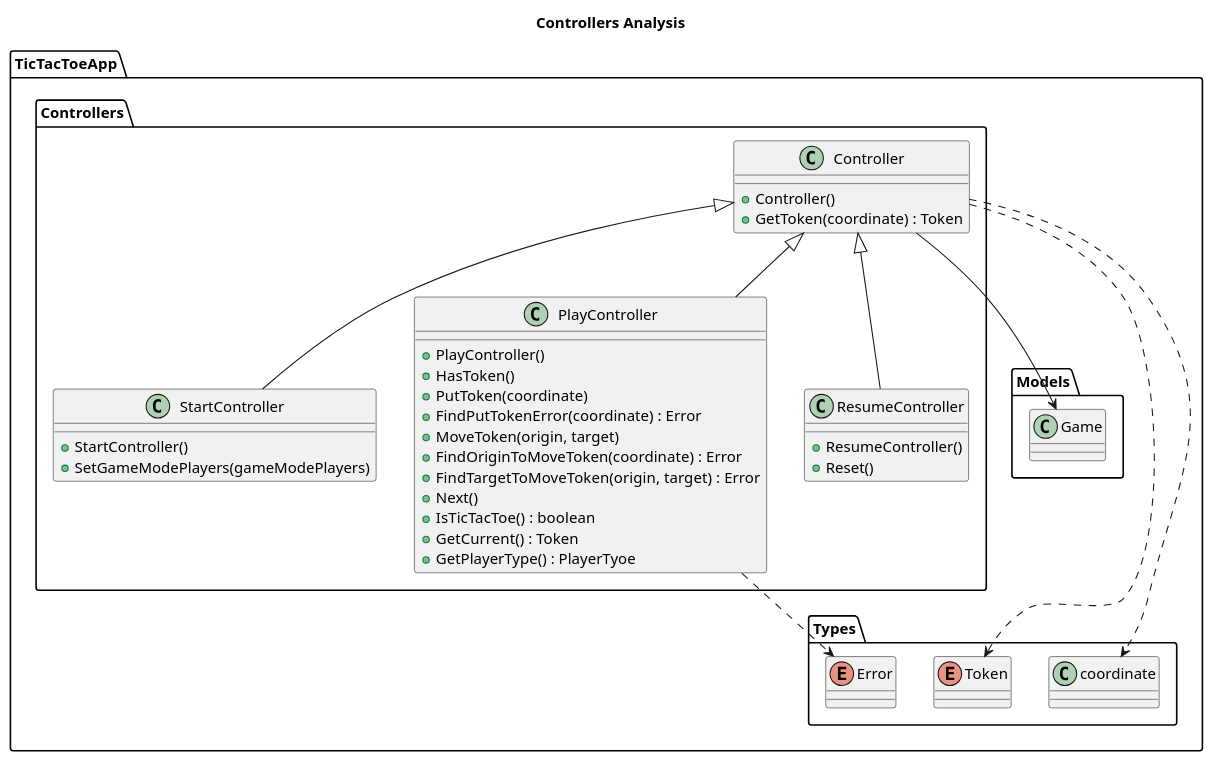
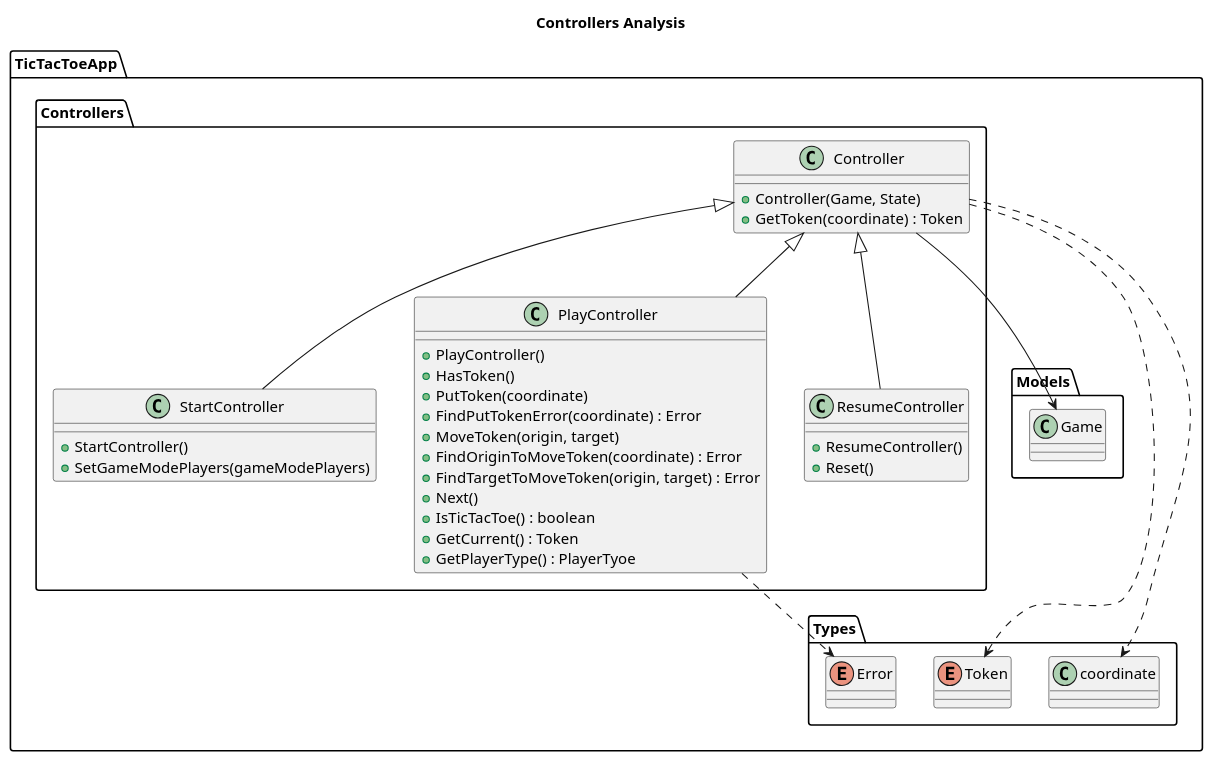
The sixth of 8 diagrams in Docs/Analysis.plantuml (franpaulinoinfante/TicTacToe), drawn with PlantUML before and after one commit. The commit also changed 11 other files, not shown here.

```diff
--- a/Docs/Analysis.plantuml
+++ b/Docs/Analysis.plantuml
@@ -440,52 +440,52 @@
 @startuml Controllers Analysis
     title Controllers Analysis
 
 package TicTacToeApp{
     namespace Controllers{
         class Controller{
-            +Controller()
+            +Controller(Game, State)
             +GetToken(coordinate) : Token
         }
         Controller <|-- StartController
         Controller <|-- PlayController
         Controller <|-- ResumeController
 
         class StartController{
             +StartController()
             +SetGameModePlayers(gameModePlayers)
         }
 
         class PlayController{
             +PlayController()
             +HasToken()
             +PutToken(coordinate)
             +FindPutTokenError(coordinate) : Error
             +MoveToken(origin, target)
             +FindOriginToMoveToken(coordinate) : Error
             +FindTargetToMoveToken(origin, target) : Error
             +Next()
             +IsTicTacToe() : boolean
             +GetCurrent() : Token
             +GetPlayerType() : PlayerTyoe
         }
 
         class ResumeController{
             +ResumeController()
             +Reset()
         }
     }
 
     namespace Models{
     }
     namespace Types{
         enum Token
         enum Error
     }
 
     Controllers.Controller --> Models.Game
     Controllers.Controller ..> Types.Token
     Controllers.Controller ..> Types.coordinate
     
     Controllers.PlayController ..> Types.Error
 }
 @enduml
```
